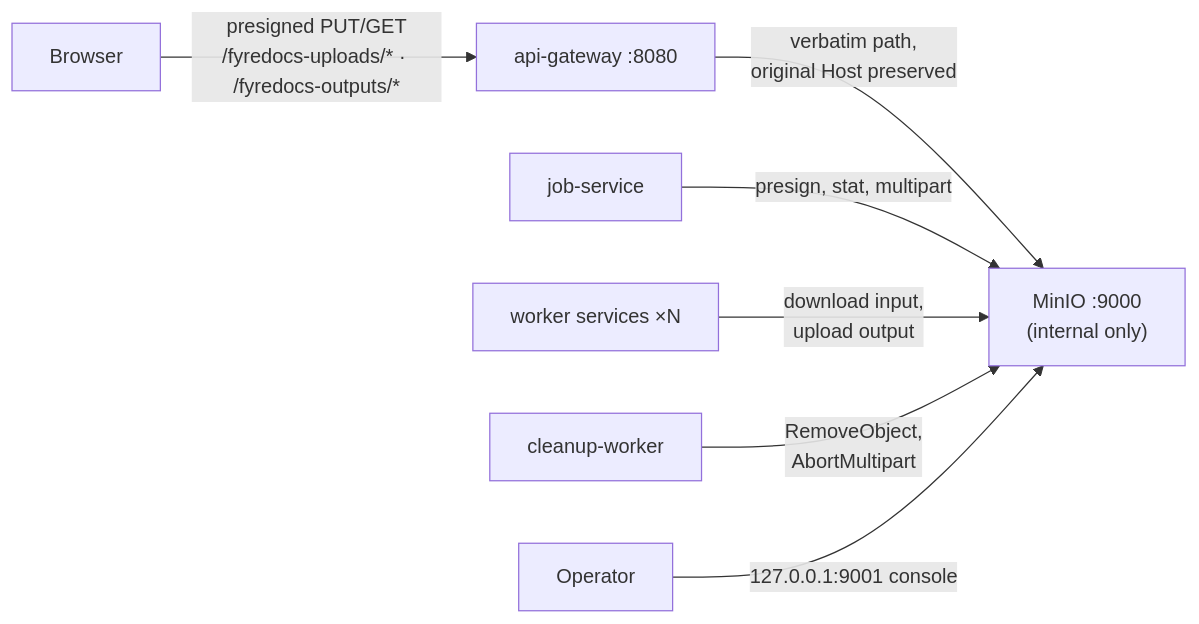
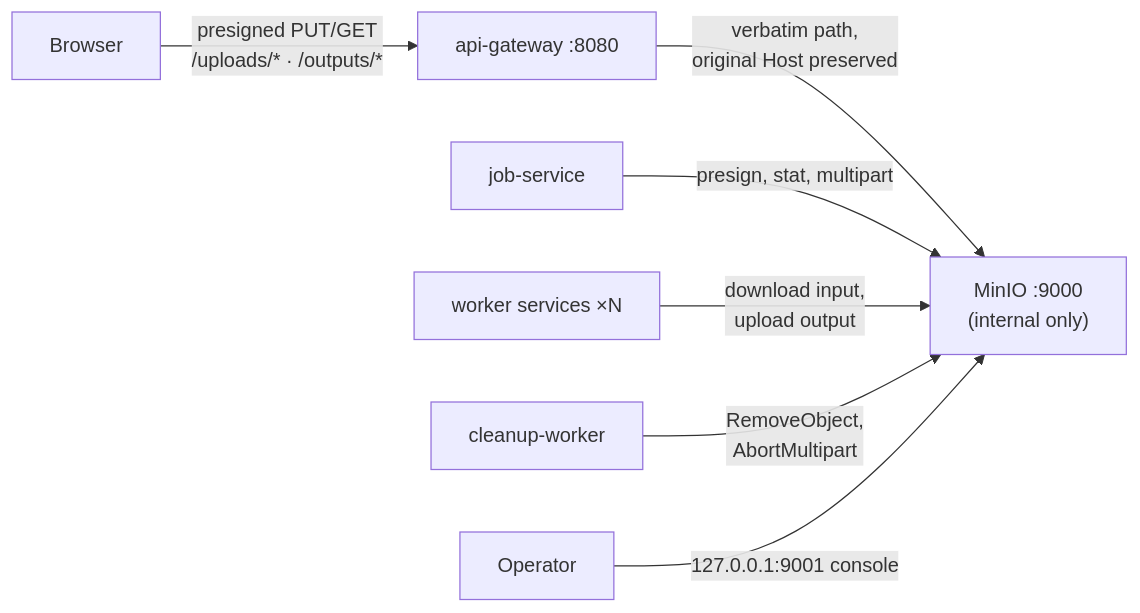
One commit to Prachidubey2003/fyredocs_backend changed the diagram in docs/developer/architecture/object-storage.md. Above: the diagram before and after it, drawn with Mermaid. The commit also changed other lines of this file and 28 other files, not shown here.

````diff
--- a/docs/developer/architecture/object-storage.md
+++ b/docs/developer/architecture/object-storage.md
@@ -11,11 +11,11 @@
 ```mermaid
 graph LR
-    Browser -->|"presigned PUT/GET<br/>/fyredocs-uploads/* · /fyredocs-outputs/*"| GW["api-gateway :8080"]
+    Browser -->|"presigned PUT/GET<br/>/uploads/* · /outputs/*"| GW["api-gateway :8080"]
     GW -->|"verbatim path,<br/>original Host preserved"| MINIO["MinIO :9000<br/>(internal only)"]
 
     JOB["job-service"] -->|presign, stat, multipart| MINIO
     W["worker services ×N"] -->|"download input,<br/>upload output"| MINIO
     CW["cleanup-worker"] -->|"RemoveObject,<br/>AbortMultipart"| MINIO
 
     OP["Operator"] -->|127.0.0.1:9001 console| MINIO
 ```
````
